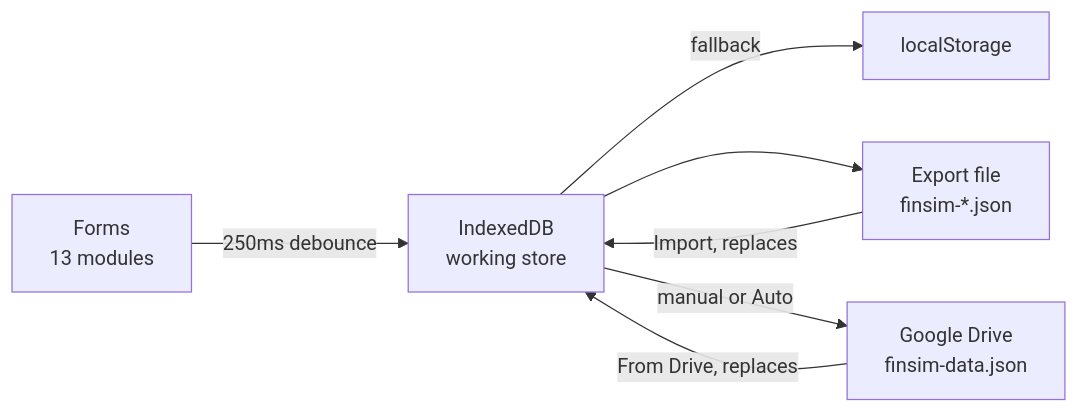
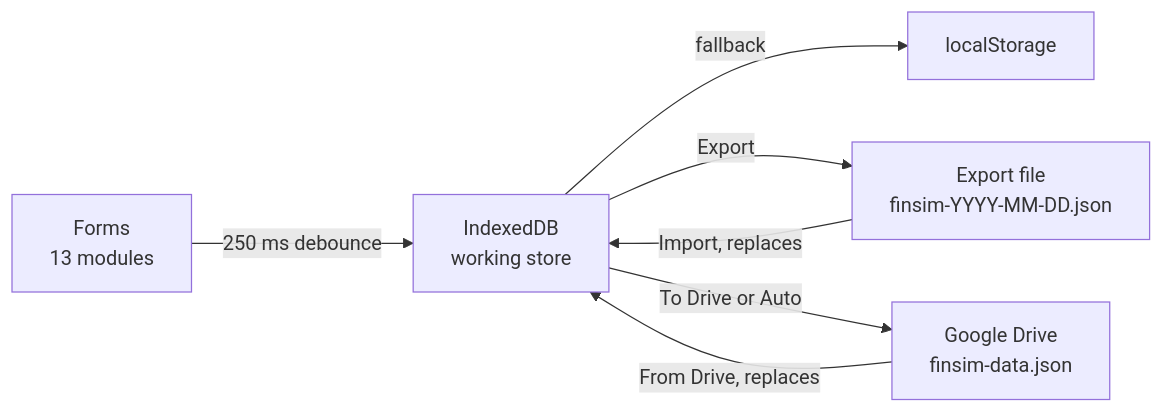
Before and after one commit to KaonHew02/FinSim: the diagram in PROPOSAL.md, drawn with Mermaid. The commit also changed other lines of this file and 1 other file, not shown here.

````diff
--- a/PROPOSAL.md
+++ b/PROPOSAL.md
@@ -104,9 +324,9 @@
 ```mermaid
 flowchart LR
-  F[Forms<br/>13 modules] -->|250ms debounce| S[IndexedDB<br/>working store]
+  F[Forms<br/>13 modules] -->|250 ms debounce| S[IndexedDB<br/>working store]
   S -->|fallback| L[localStorage]
-  S --> E[Export file<br/>finsim-*.json]
-  S -->|manual or Auto| D[Google Drive<br/>finsim-data.json]
+  S -->|Export| E[Export file<br/>finsim-YYYY-MM-DD.json]
+  S -->|To Drive or Auto| D[Google Drive<br/>finsim-data.json]
   E -->|Import, replaces| S
   D -->|From Drive, replaces| S
 ```
````
